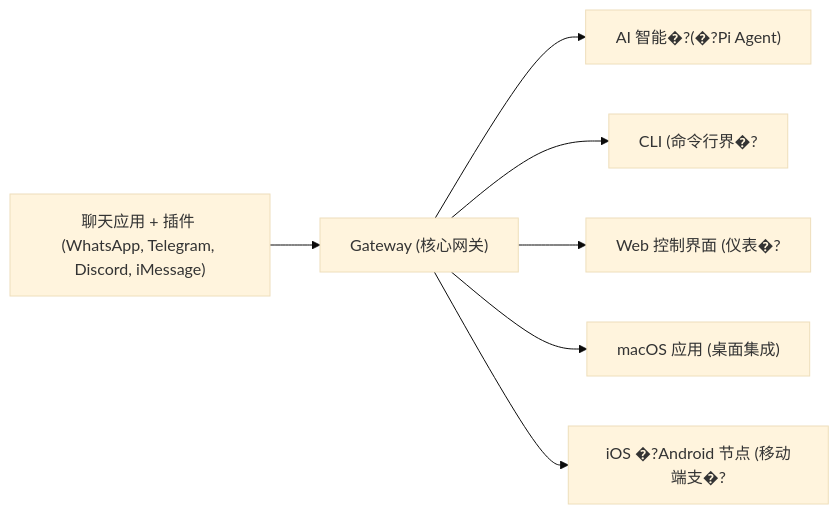
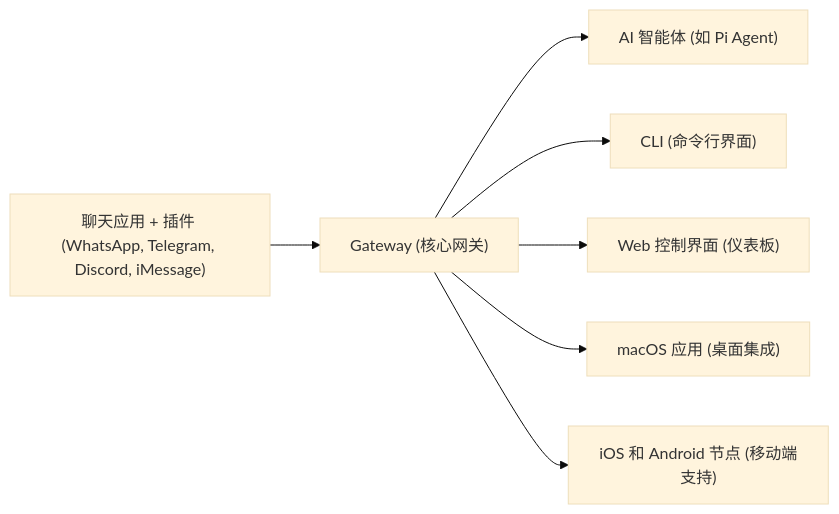
Before and after one commit to zenHeart/learn-ai: the diagram in docs/zh/products/automation/openclaw/index.md, drawn with Mermaid (base theme). The commit also changed other lines of this file, not shown here.

````diff
--- a/docs/zh/products/automation/openclaw/index.md
+++ b/docs/zh/products/automation/openclaw/index.md
@@ -15,9 +20,9 @@
 ```mermaid
 flowchart LR
   A["聊天应用 + 插件 (WhatsApp, Telegram, Discord, iMessage)"] --> B["Gateway (核心网关)"]
-  B --> C["AI 智能�?(�?Pi Agent)"]
-  B --> D["CLI (命令行界�?"]
-  B --> E["Web 控制界面 (仪表�?"]
+  B --> C["AI 智能体 (如 Pi Agent)"]
+  B --> D["CLI (命令行界面)"]
+  B --> E["Web 控制界面 (仪表板)"]
   B --> F["macOS 应用 (桌面集成)"]
-  B --> G["iOS �?Android 节点 (移动端支�?"]
+  B --> G["iOS 和 Android 节点 (移动端支持)"]
 ```
````
